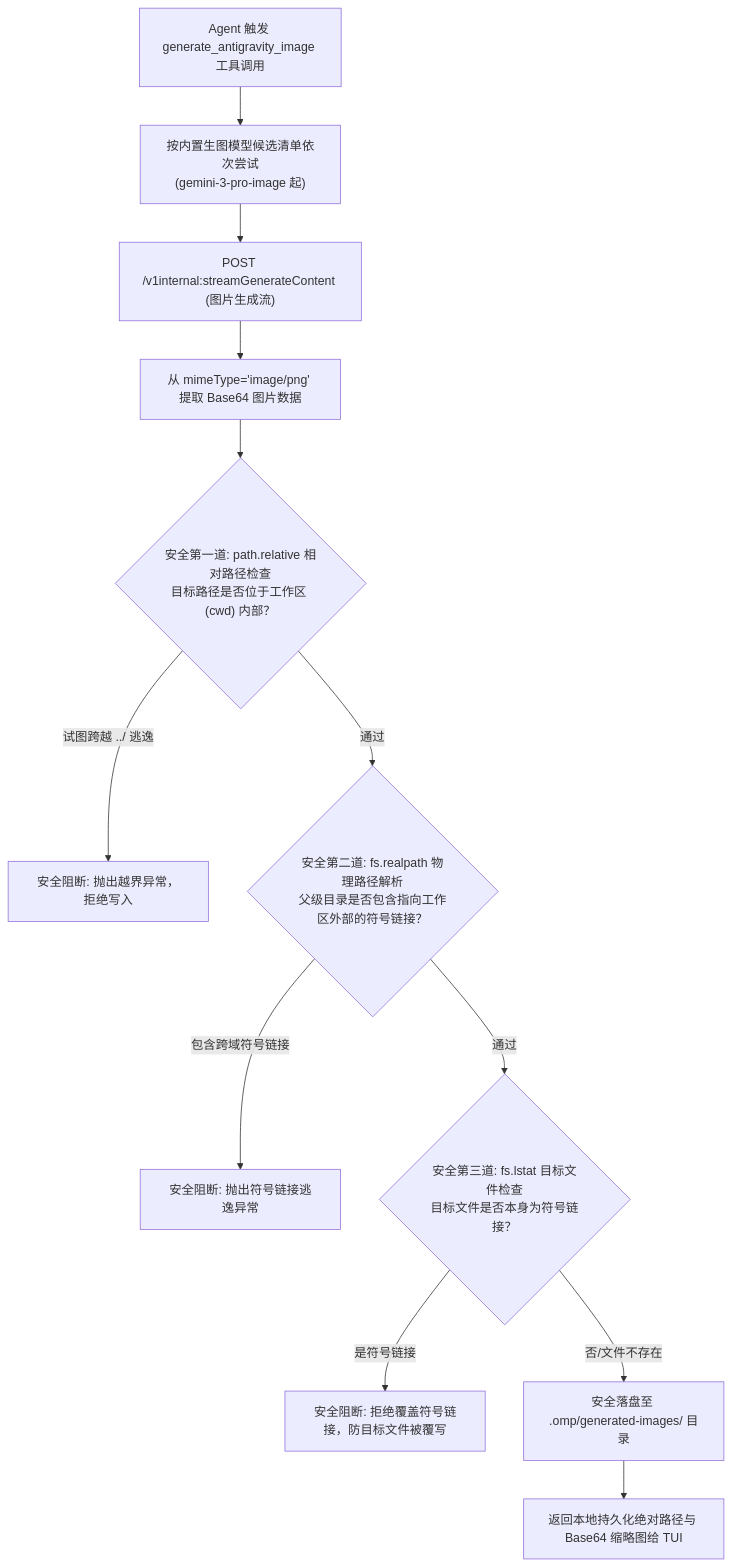
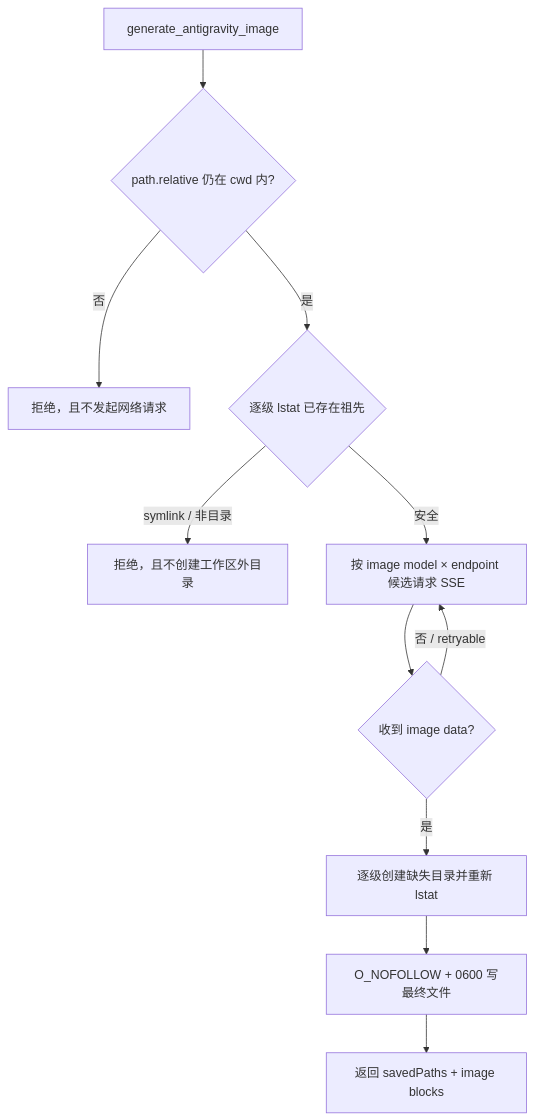
One commit to oscs1024-pixel/omp-antigravity changed the sixth of 6 diagrams in README.md. Above: the diagram before and after it, drawn with Mermaid. The commit also changed other lines of this file, not shown here.

````diff
--- a/README.md
+++ b/README.md
@@ -355,18 +327,14 @@
 ```mermaid
 flowchart TD
-    ToolCall["Agent 触发 generate_antigravity_image 工具调用"] --> ModelDetect["按内置生图模型候选清单依次尝试<br/>(gemini-3-pro-image 起)"]
-    ModelDetect --> GenSSE["POST /v1internal:streamGenerateContent (图片生成流)"]
-    GenSSE --> ParseBytes["从 mimeType='image/png' 提取 Base64 图片数据"]
+    Call["generate_antigravity_image"] --> Lexical{"path.relative 仍在 cwd 内?"}
+    Lexical -- 否 --> Reject1["拒绝，且不发起网络请求"]
+    Lexical -- 是 --> Ancestor{"逐级 lstat 已存在祖先"}
 
-    ParseBytes --> SecGate1{"安全第一道: path.relative 相对路径检查<br/>目标路径是否位于工作区 (cwd) 内部？"}
-    SecGate1 -- 试图跨越 ../ 逃逸 --> Reject1["安全阻断: 抛出越界异常，拒绝写入"]
-
-    SecGate1 -- 通过 --> SecGate2{"安全第二道: fs.realpath 物理路径解析<br/>父级目录是否包含指向工作区外部的符号链接？"}
-    SecGate2 -- 包含跨域符号链接 --> Reject2["安全阻断: 抛出符号链接逃逸异常"]
-
-    SecGate2 -- 通过 --> SecGate3{"安全第三道: fs.lstat 目标文件检查<br/>目标文件是否本身为符号链接？"}
-    SecGate3 -- 是符号链接 --> Reject3["安全阻断: 拒绝覆盖符号链接，防目标文件被覆写"]
-
-    SecGate3 -- 否/文件不存在 --> SafeWrite["安全落盘至 .omp/generated-images/ 目录"]
-    SafeWrite --> ReturnUI["返回本地持久化绝对路径与 Base64 缩略图给 TUI"]
+    Ancestor -- symlink / 非目录 --> Reject2["拒绝，且不创建工作区外目录"]
+    Ancestor -- 安全 --> Generate["按 image model × endpoint 候选请求 SSE"]
+    Generate --> Data{"收到 image data?"}
+    Data -- 否 / retryable --> Generate
+    Data -- 是 --> Mkdir["逐级创建缺失目录并重新 lstat"]
+    Mkdir --> Write["O_NOFOLLOW + 0600 写最终文件"]
+    Write --> Return["返回 savedPaths + image blocks"]
 ```
````
